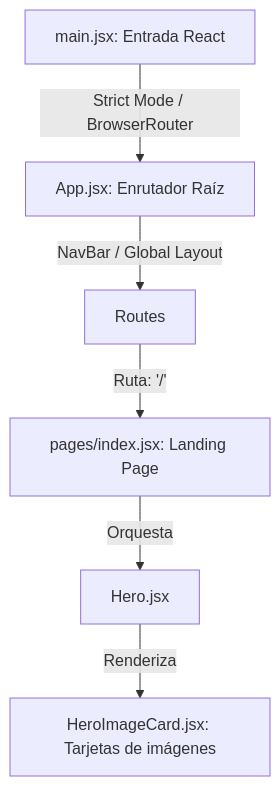
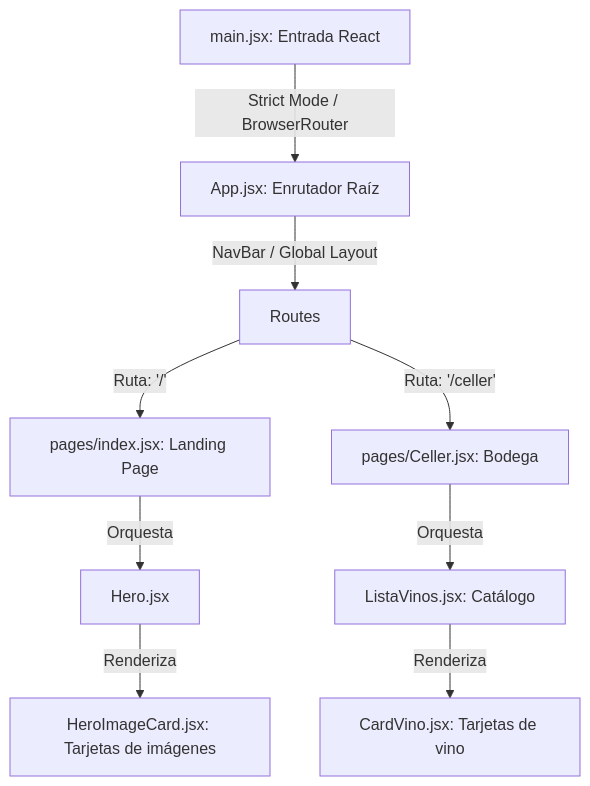
The diagram in docs/frontend-architecture.md (ABPMonlau/test_repository), drawn with Mermaid before and after one commit. The commit also changed other lines of this file and 8 other files, not shown here.

Commit message:
Creación de Nueva página (Celler.jsx) con componentes --> ListaVinos.jsx y CardVino.jsx

````diff
--- a/docs/frontend-architecture.md
+++ b/docs/frontend-architecture.md
@@ -43,8 +44,11 @@
 ```mermaid
 graph TD
     A[main.jsx: Entrada React] -->|Strict Mode / BrowserRouter| B[App.jsx: Enrutador Raíz]
     B -->|NavBar / Global Layout| C[Routes]
     C -->|Ruta: '/'| D[pages/index.jsx: Landing Page]
+    C -->|Ruta: '/celler'| G[pages/Celler.jsx: Bodega]
     D -->|Orquesta| E[Hero.jsx]
     E -->|Renderiza| F[HeroImageCard.jsx: Tarjetas de imágenes]
+    G -->|Orquesta| H[ListaVinos.jsx: Catálogo]
+    H -->|Renderiza| I[CardVino.jsx: Tarjetas de vino]
 ```
````
